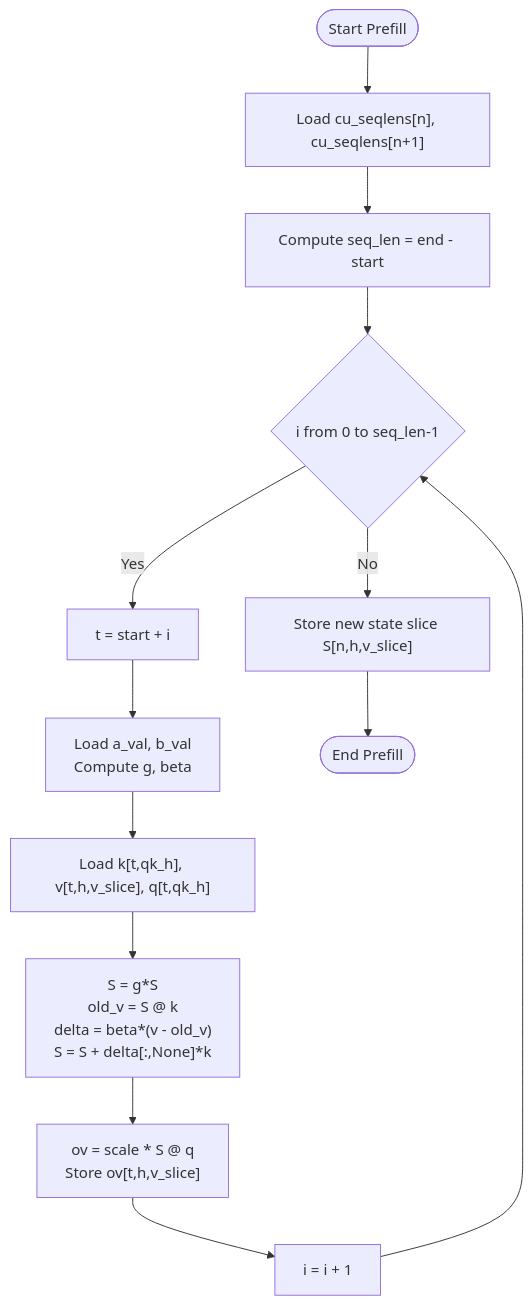
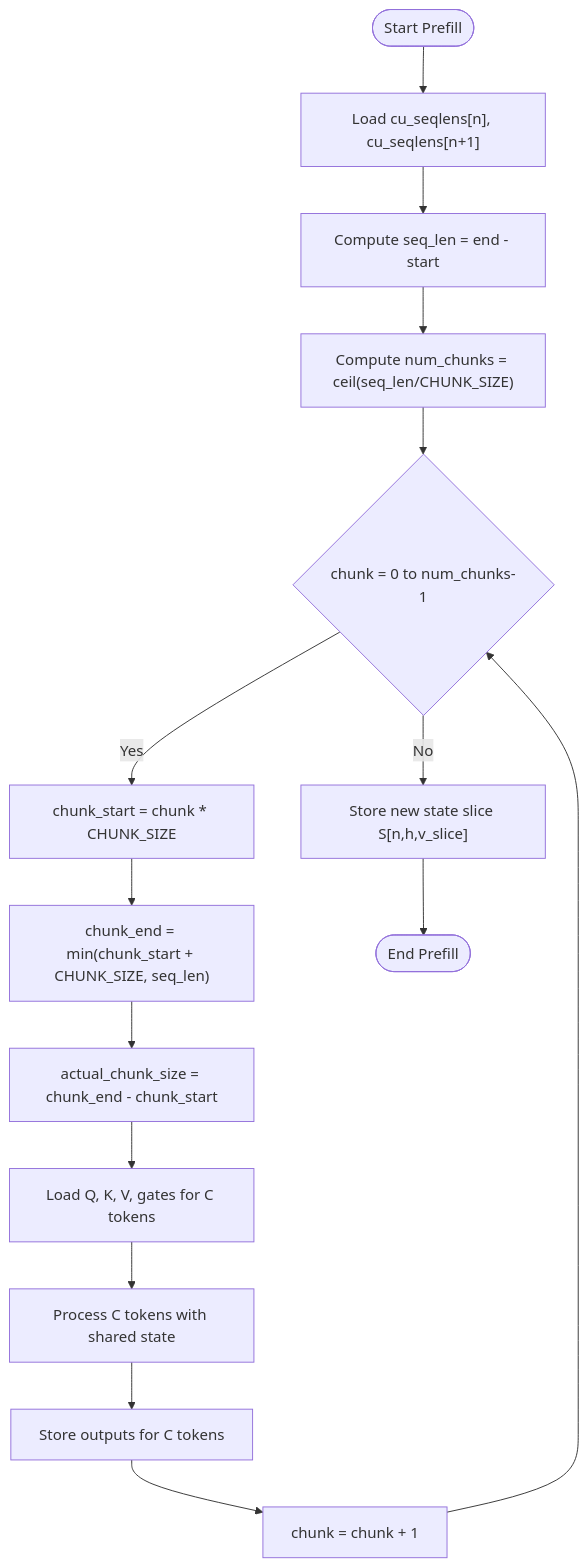
Before and after one commit to gugudeshubao/flashinfer-bench-tma-thrust: the third of 6 diagrams in .qoder/repowiki/en/content/Core Kernels/GDN Prefill Kernel.md, drawn with Mermaid. The commit also changed other lines of this file and 19 other files, not shown here.

````diff
--- a/.qoder/repowiki/en/content/Core Kernels/GDN Prefill Kernel.md
+++ b/.qoder/repowiki/en/content/Core Kernels/GDN Prefill Kernel.md
@@ -174,15 +218,17 @@
 ```mermaid
 flowchart TD
 Start(["Start Prefill"]) --> LoadBounds["Load cu_seqlens[n], cu_seqlens[n+1]"]
 LoadBounds --> SeqLen["Compute seq_len = end - start"]
-SeqLen --> LoopTokens{"i from 0 to seq_len-1"}
-LoopTokens --> |Yes| TokenStep["t = start + i"]
-TokenStep --> Gates["Load a_val, b_val<br/>Compute g, beta"]
-Gates --> LoadKVQ["Load k[t,qk_h], v[t,h,v_slice], q[t,qk_h]"]
-LoadKVQ --> DeltaRule["S = g*S<br/>old_v = S @ k<br/>delta = beta*(v - old_v)<br/>S = S + delta[:,None]*k"]
-DeltaRule --> Output["ov = scale * S @ q<br/>Store ov[t,h,v_slice]"]
-Output --> NextToken["i = i + 1"]
-NextToken --> LoopTokens
-LoopTokens --> |No| FinalState["Store new state slice S[n,h,v_slice]"]
+SeqLen --> NumChunks["Compute num_chunks = ceil(seq_len/CHUNK_SIZE)"]
+NumChunks --> LoopChunks{"chunk = 0 to num_chunks-1"}
+LoopChunks --> |Yes| ChunkStart["chunk_start = chunk * CHUNK_SIZE"]
+ChunkStart --> ChunkEnd["chunk_end = min(chunk_start + CHUNK_SIZE, seq_len)"]
+ChunkEnd --> ActualSize["actual_chunk_size = chunk_end - chunk_start"]
+ActualSize --> LoadChunk["Load Q, K, V, gates for C tokens"]
+LoadChunk --> ProcessChunk["Process C tokens with shared state"]
+ProcessChunk --> StoreChunk["Store outputs for C tokens"]
+StoreChunk --> NextChunk["chunk = chunk + 1"]
+NextChunk --> LoopChunks
+LoopChunks --> |No| FinalState["Store new state slice S[n,h,v_slice]"]
 FinalState --> End(["End Prefill"])
 ```
````
